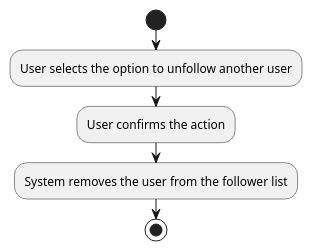
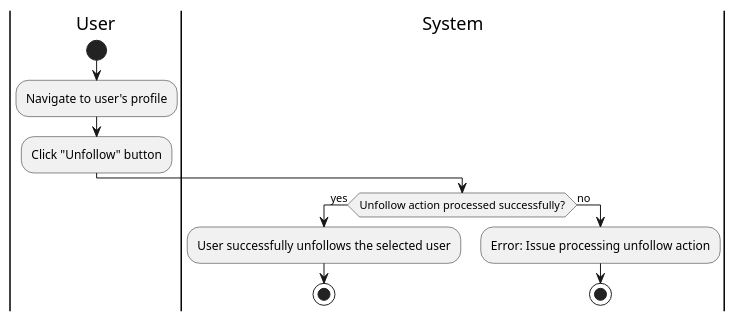
One commit to tungbeo0221/Forked-crosscodex.github.io changed the eighth of 22 diagrams in docs/checkpoint_1/use_cases.md. Above: the diagram before and after it, drawn with PlantUML. The commit also changed other lines of this file and 39 other files, not shown here.

````diff
--- a/docs/checkpoint_1/use_cases.md
+++ b/docs/checkpoint_1/use_cases.md
@@ -207,9 +253,17 @@
 ```plantuml
 @startuml
+|User|
 start
-:User selects the option to unfollow another user;
-:User confirms the action;
-:System removes the user from the follower list;
-stop
+:Navigate to user's profile;
+:Click "Unfollow" button;
+|System|
+if (Unfollow action processed successfully?) then (yes)
+  :User successfully unfollows the selected user;
+  stop
+else (no)
+  :Error: Issue processing unfollow action;
+  stop
+endif
 @enduml
+
 ```
````
